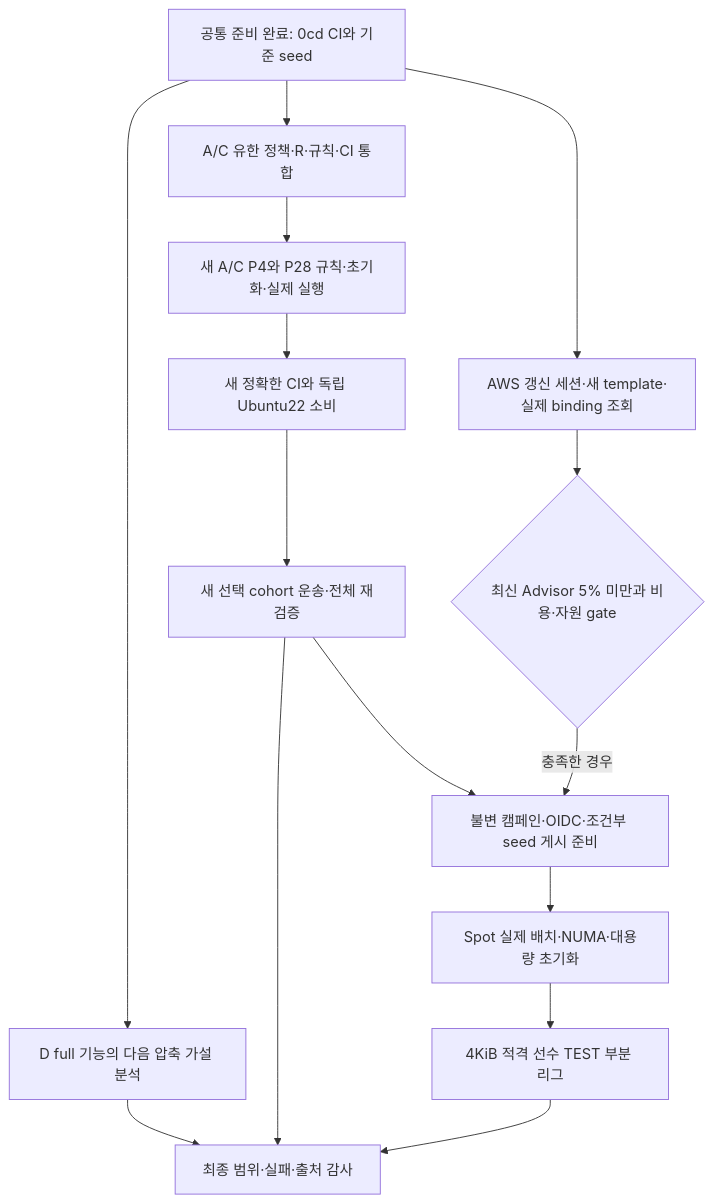
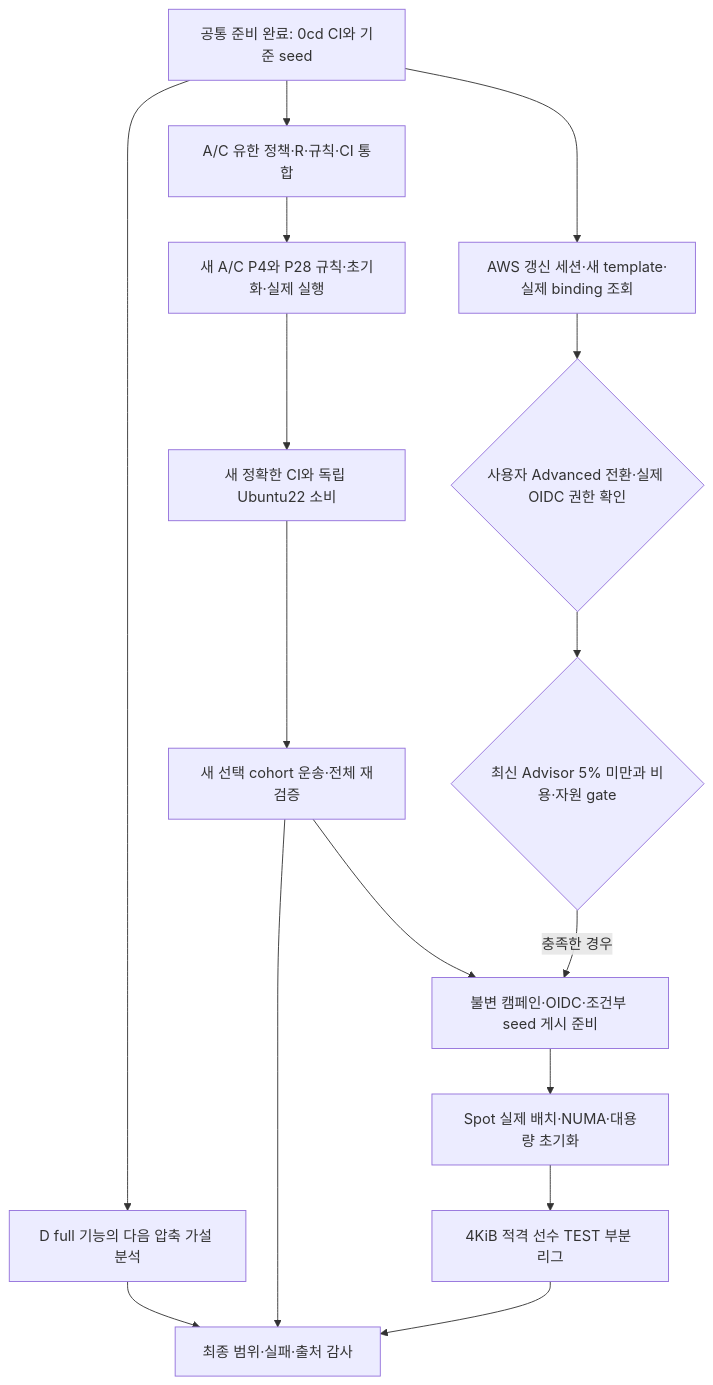
One commit to daejunnom/Rove4k changed the fourth of 4 diagrams in docs/ENGINE-PLAN.ko.md. Above: the diagram before and after it, drawn with Mermaid. The commit also changed other lines of this file and 12 other files, not shown here.

````diff
--- a/docs/ENGINE-PLAN.ko.md
+++ b/docs/ENGINE-PLAN.ko.md
@@ -517,17 +543,18 @@
 ```mermaid
 flowchart TD
   P[공통 준비 완료: 0cd CI와 기준 seed] --> S[A/C 유한 정책·R·규칙·CI 통합]
   P --> D[D full 기능의 다음 압축 가설 분석]
   P --> B[AWS 갱신 세션·새 template·실제 binding 조회]
   S --> V[새 A/C P4와 P28 규칙·초기화·실제 실행]
   V --> C[새 정확한 CI와 독립 Ubuntu22 소비]
   C --> T[새 선택 cohort 운송·전체 재검증]
-  B --> G{최신 Advisor 5% 미만과 비용·자원 gate}
+  B --> Q{사용자 Advanced 전환·실제 OIDC 권한 확인}
+  Q --> G{최신 Advisor 5% 미만과 비용·자원 gate}
   T --> H[불변 캠페인·OIDC·조건부 seed 게시 준비]
   G -->|충족한 경우| H
   H --> N[Spot 실제 배치·NUMA·대용량 초기화]
   N --> L[4KiB 적격 선수 TEST 부분 리그]
   D --> A[최종 범위·실패·출처 감사]
   T --> A
   L --> A
 ```
````
